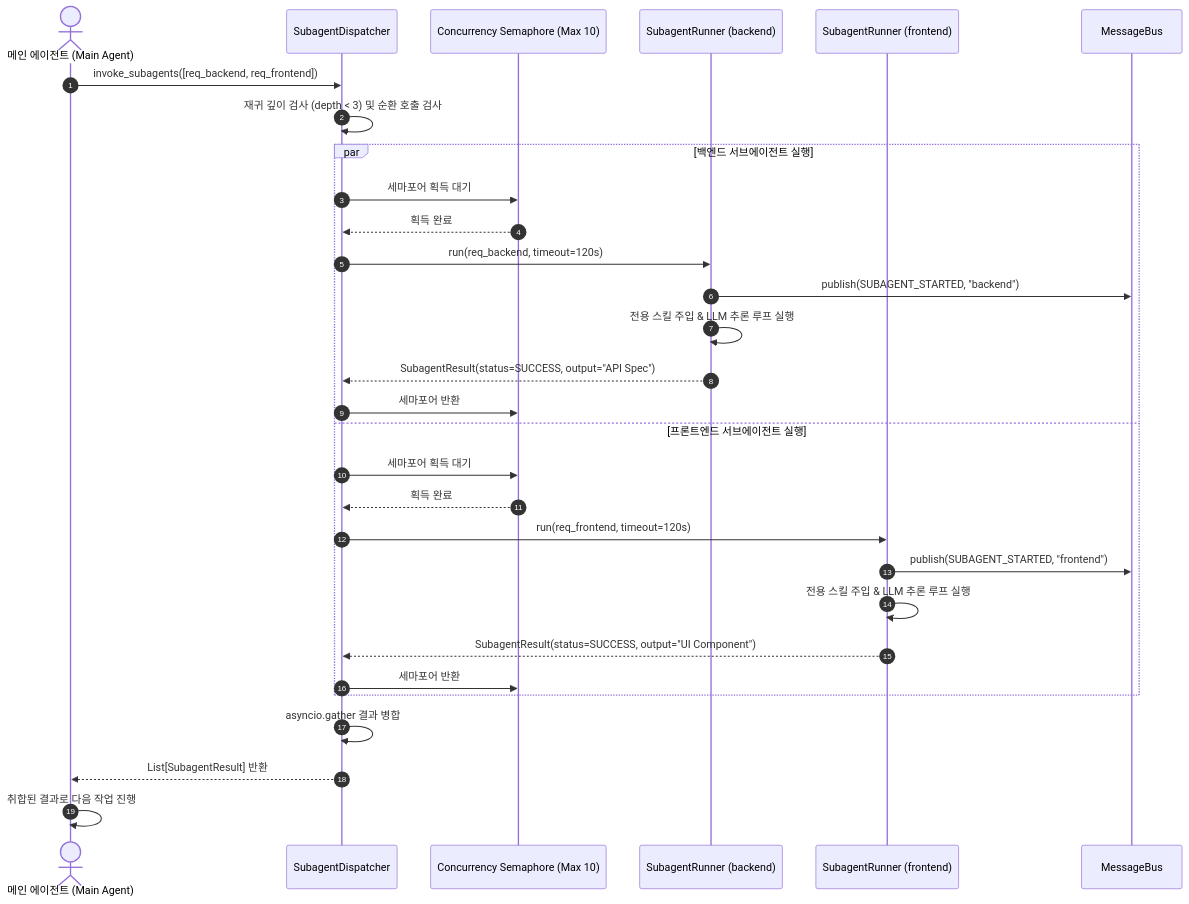
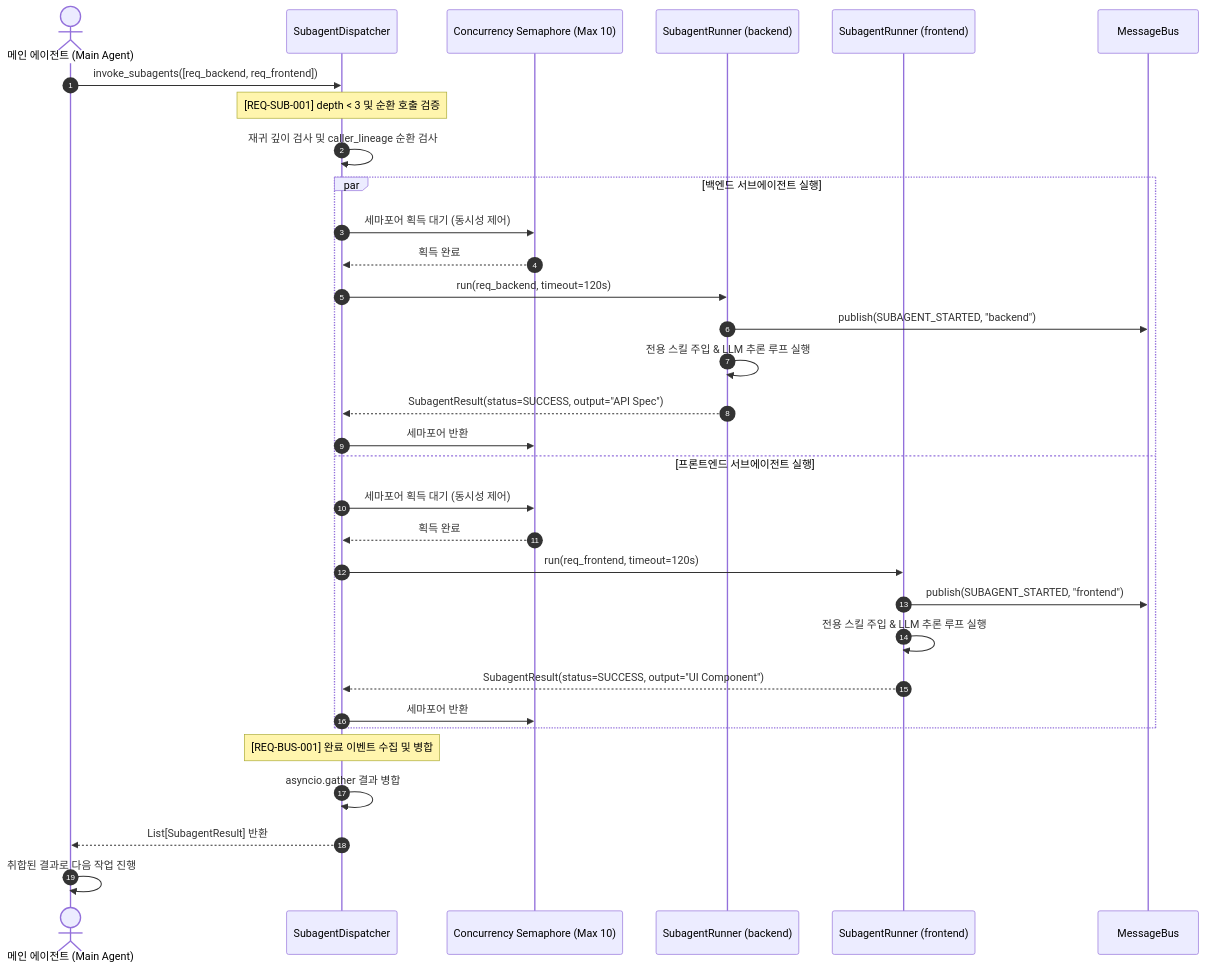
One commit to ozplayground/python-package changed the third of 4 diagrams in docs/archon/system-designer/01_SYSTEM_DESIGN.md. Above: the diagram before and after it, drawn with Mermaid. The commit also changed other lines of this file and 5 other files, not shown here.

````diff
--- a/docs/archon/system-designer/01_SYSTEM_DESIGN.md
+++ b/docs/archon/system-designer/01_SYSTEM_DESIGN.md
@@ -303,35 +308,37 @@
 ```mermaid
 sequenceDiagram
     autonumber
     actor Main as 메인 에이전트 (Main Agent)
     participant Dispatcher as SubagentDispatcher
     participant Sem as Concurrency Semaphore (Max 10)
     participant Runner1 as SubagentRunner (backend)
     participant Runner2 as SubagentRunner (frontend)
     participant Bus as MessageBus
 
     Main->>Dispatcher: invoke_subagents([req_backend, req_frontend])
-    Dispatcher->>Dispatcher: 재귀 깊이 검사 (depth < 3) 및 순환 호출 검사
+    Note over Dispatcher: [REQ-SUB-001] depth < 3 및 순환 호출 검증
+    Dispatcher->>Dispatcher: 재귀 깊이 검사 및 caller_lineage 순환 검사
     
     par 백엔드 서브에이전트 실행
-        Dispatcher->>Sem: 세마포어 획득 대기
+        Dispatcher->>Sem: 세마포어 획득 대기 (동시성 제어)
         Sem-->>Dispatcher: 획득 완료
         Dispatcher->>Runner1: run(req_backend, timeout=120s)
         Runner1->>Bus: publish(SUBAGENT_STARTED, "backend")
         Runner1->>Runner1: 전용 스킬 주입 & LLM 추론 루프 실행
         Runner1-->>Dispatcher: SubagentResult(status=SUCCESS, output="API Spec")
         Dispatcher->>Sem: 세마포어 반환
     and 프론트엔드 서브에이전트 실행
-        Dispatcher->>Sem: 세마포어 획득 대기
+        Dispatcher->>Sem: 세마포어 획득 대기 (동시성 제어)
         Sem-->>Dispatcher: 획득 완료
         Dispatcher->>Runner2: run(req_frontend, timeout=120s)
         Runner2->>Bus: publish(SUBAGENT_STARTED, "frontend")
         Runner2->>Runner2: 전용 스킬 주입 & LLM 추론 루프 실행
         Runner2-->>Dispatcher: SubagentResult(status=SUCCESS, output="UI Component")
         Dispatcher->>Sem: 세마포어 반환
     end
 
+    Note over Dispatcher: [REQ-BUS-001] 완료 이벤트 수집 및 병합
     Dispatcher->>Dispatcher: asyncio.gather 결과 병합
     Dispatcher-->>Main: List[SubagentResult] 반환
     Main->>Main: 취합된 결과로 다음 작업 진행
 ```
````
